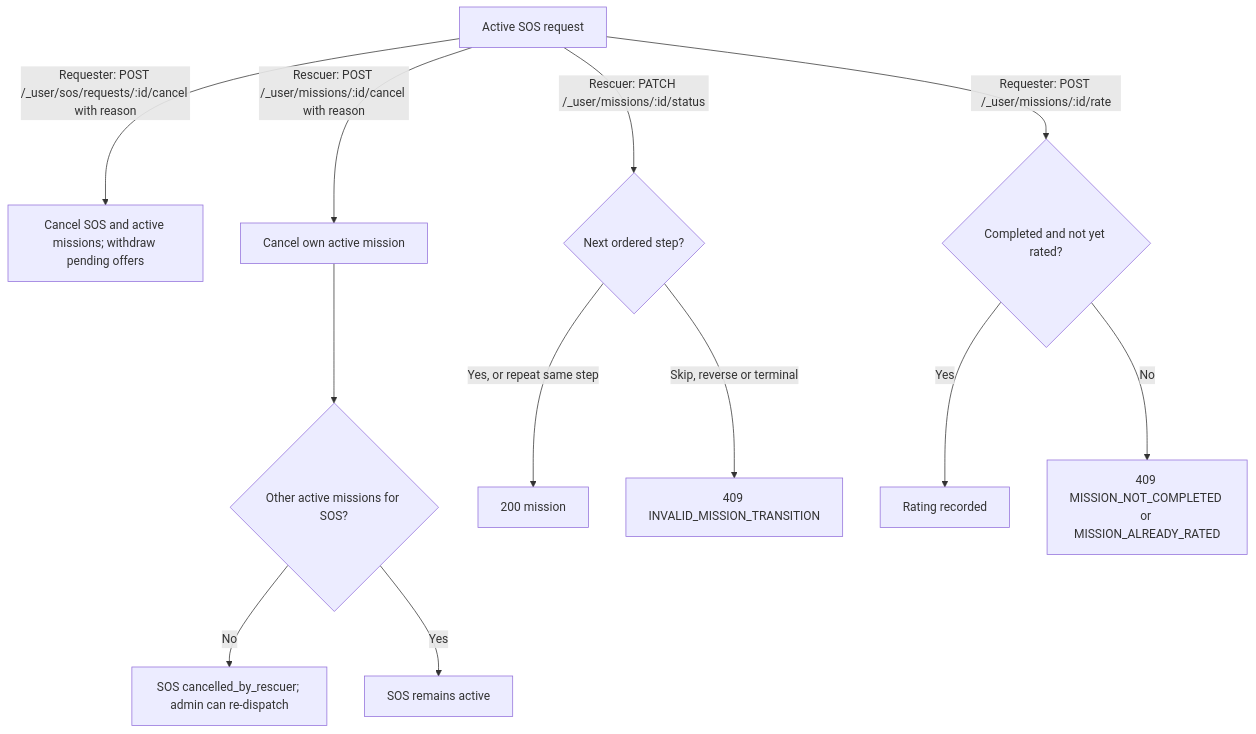
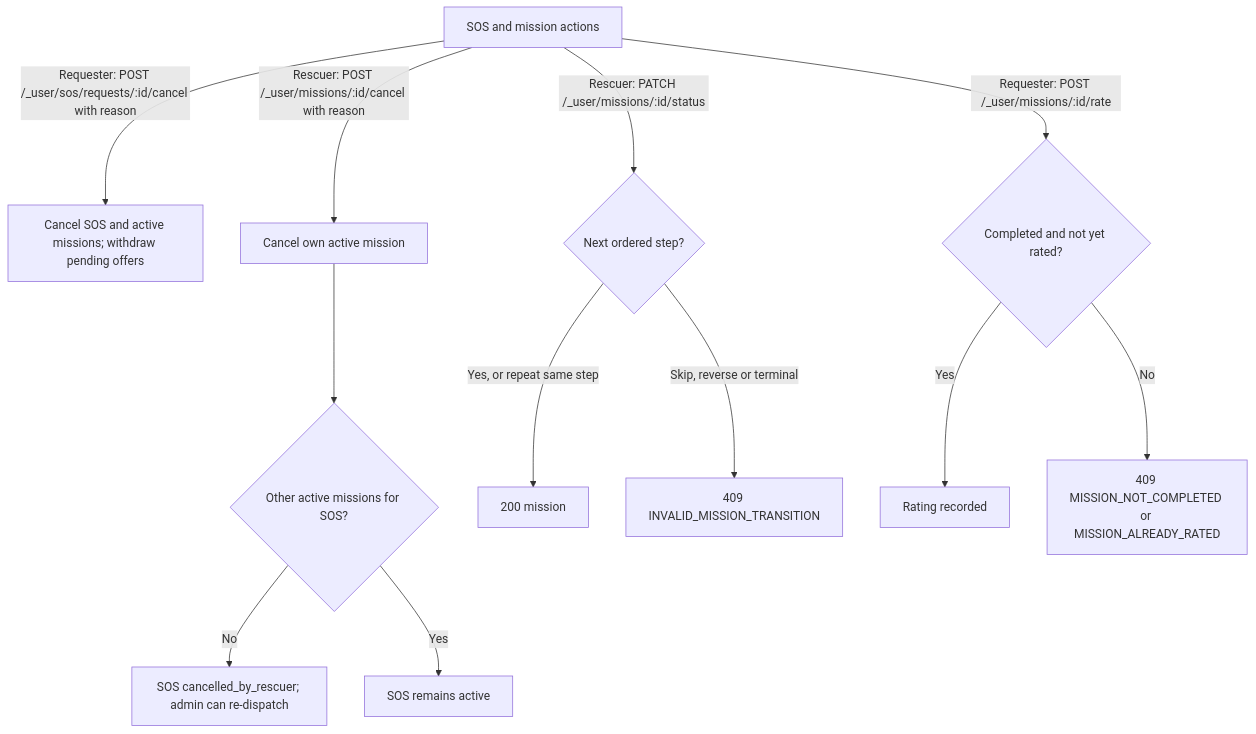
One commit to komeilm76/borobiya changed the fifth of 6 diagrams in docs/DIAGRAMS/SOS_FLOW.md. Above: the diagram before and after it, drawn with Mermaid. The commit also changed other lines of this file and 4 other files, not shown here.

Commit message:
Review rendered SOS, ERD and map pipeline diagrams

````diff
--- a/docs/DIAGRAMS/SOS_FLOW.md
+++ b/docs/DIAGRAMS/SOS_FLOW.md
@@ -79,14 +79,14 @@
 ```mermaid
 flowchart TD
-  A[Active SOS request] -->|Requester: POST /_user/sos/requests/:id/cancel with reason| B[Cancel SOS and active missions; withdraw pending offers]
+  A[SOS and mission actions] -->|Requester: POST /_user/sos/requests/:id/cancel with reason| B[Cancel SOS and active missions; withdraw pending offers]
   A -->|Rescuer: POST /_user/missions/:id/cancel with reason| C[Cancel own active mission]
   C --> D{Other active missions for SOS?}
   D -->|No| E[SOS cancelled_by_rescuer; admin can re-dispatch]
   D -->|Yes| F[SOS remains active]
   A -->|Rescuer: PATCH /_user/missions/:id/status| G{Next ordered step?}
   G -->|Yes, or repeat same step| H[200 mission]
   G -->|Skip, reverse or terminal| I[409 INVALID_MISSION_TRANSITION]
   A -->|Requester: POST /_user/missions/:id/rate| J{Completed and not yet rated?}
   J -->|Yes| K[Rating recorded]
   J -->|No| L[409 MISSION_NOT_COMPLETED or MISSION_ALREADY_RATED]
 ```
````
